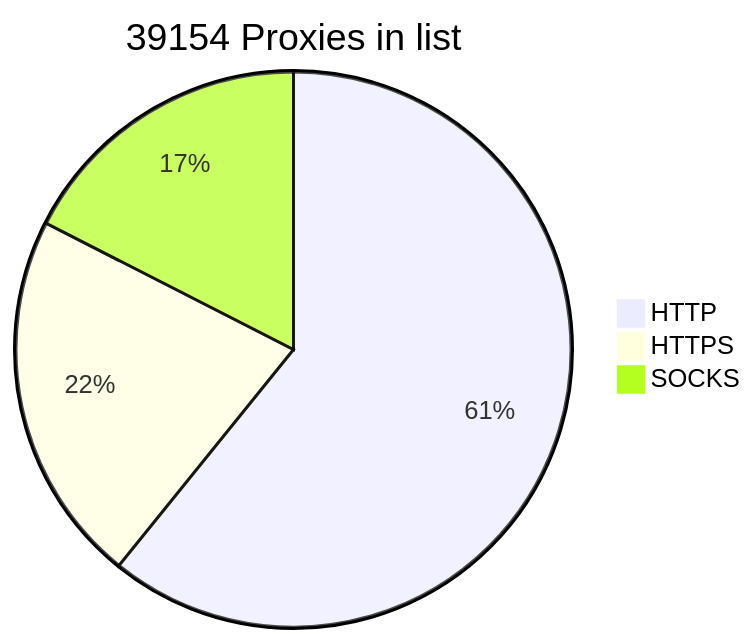
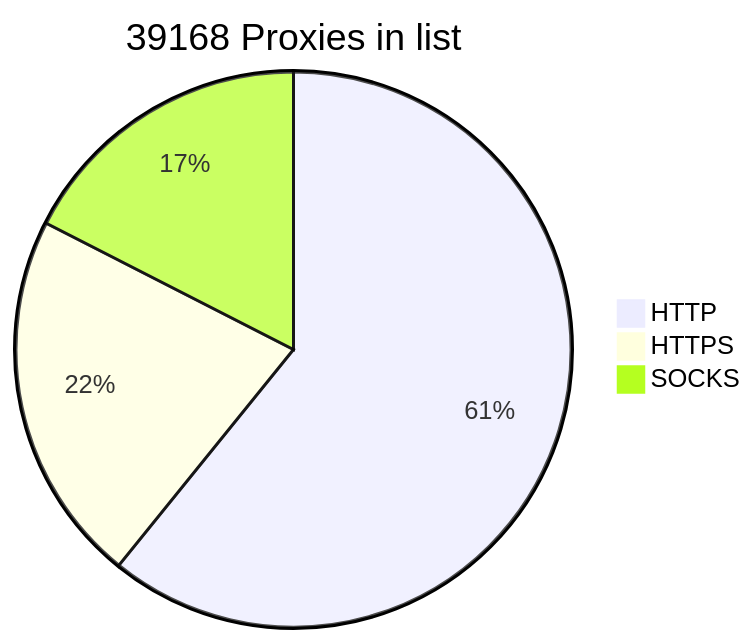
One commit to BlackSnowDot/proxylist-update-every-minute changed the diagram in README.md. Above: the diagram before and after it, drawn with Mermaid.

````diff
--- a/README.md
+++ b/README.md
@@ -2,6 +2,6 @@
 ```mermaid
-pie title 39154 Proxies in list
-    "HTTP" : 27900
+pie title 39168 Proxies in list
+    "HTTP" : 27914
     "HTTPS": 9951
     "SOCKS" : 8023
 ```
````
